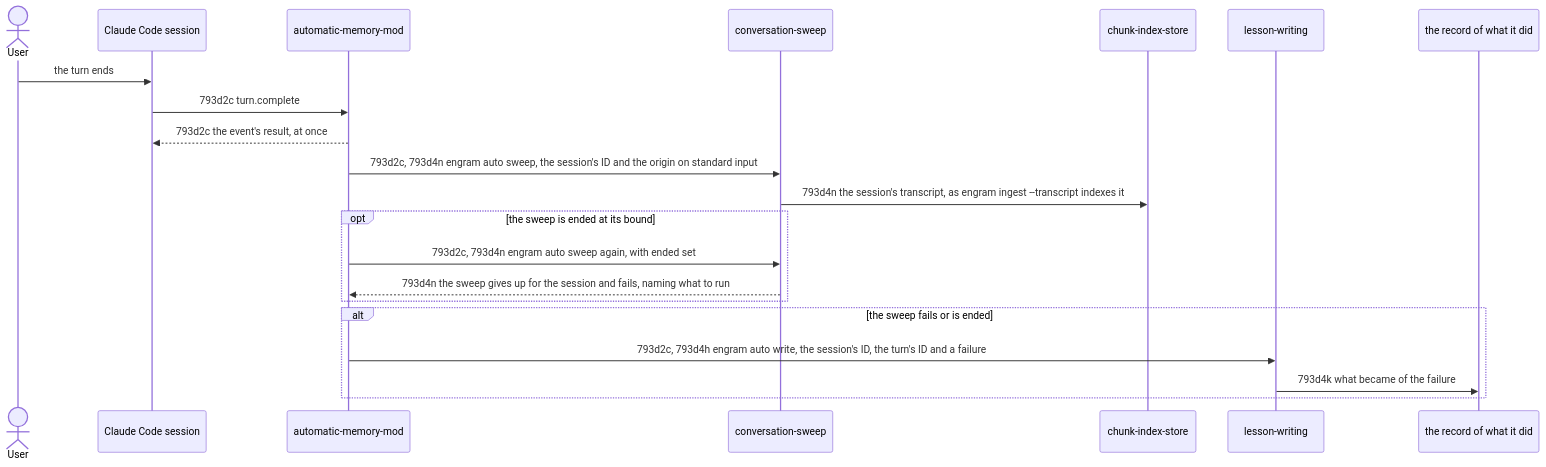
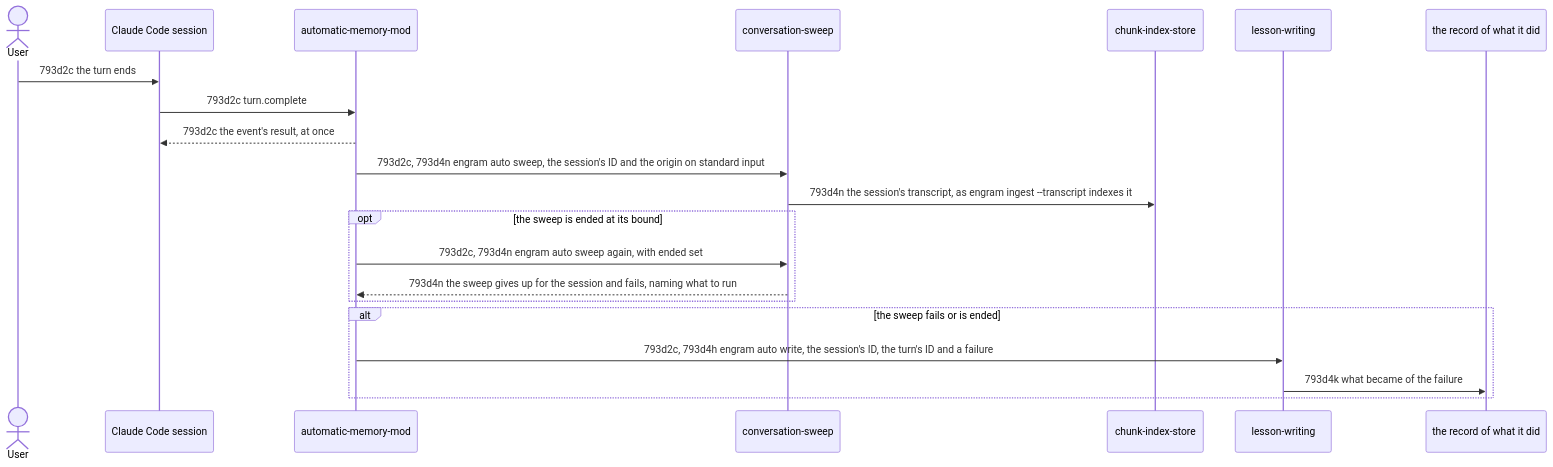
One commit to toejough/engram changed the diagram in docs/specs/technical/conversation-sweep-workflow.md. Above: the diagram before and after it, drawn with Mermaid. The commit also changed other lines of this file and 23 other files, not shown here.

````diff
--- a/docs/specs/technical/conversation-sweep-workflow.md
+++ b/docs/specs/technical/conversation-sweep-workflow.md
@@ -5,24 +5,24 @@
 ```mermaid
 sequenceDiagram
     actor User
     participant Session as Claude Code session
     participant Mod as automatic-memory-mod
     participant Sweep as conversation-sweep
     participant Index as chunk-index-store
     participant Writing as lesson-writing
     participant Record as the record of what it did
 
-    User->>Session: the turn ends
+    User->>Session: 793d2c the turn ends
     Session->>Mod: 793d2c turn.complete
     Mod-->>Session: 793d2c the event's result, at once
     Mod->>Sweep: 793d2c, 793d4n engram auto sweep, the session's ID and the origin on standard input
     Sweep->>Index: 793d4n the session's transcript, as engram ingest --transcript indexes it
     opt the sweep is ended at its bound
         Mod->>Sweep: 793d2c, 793d4n engram auto sweep again, with ended set
         Sweep-->>Mod: 793d4n the sweep gives up for the session and fails, naming what to run
     end
     alt the sweep fails or is ended
         Mod->>Writing: 793d2c, 793d4h engram auto write, the session's ID, the turn's ID and a failure
         Writing->>Record: 793d4k what became of the failure
     end
 ```
````
